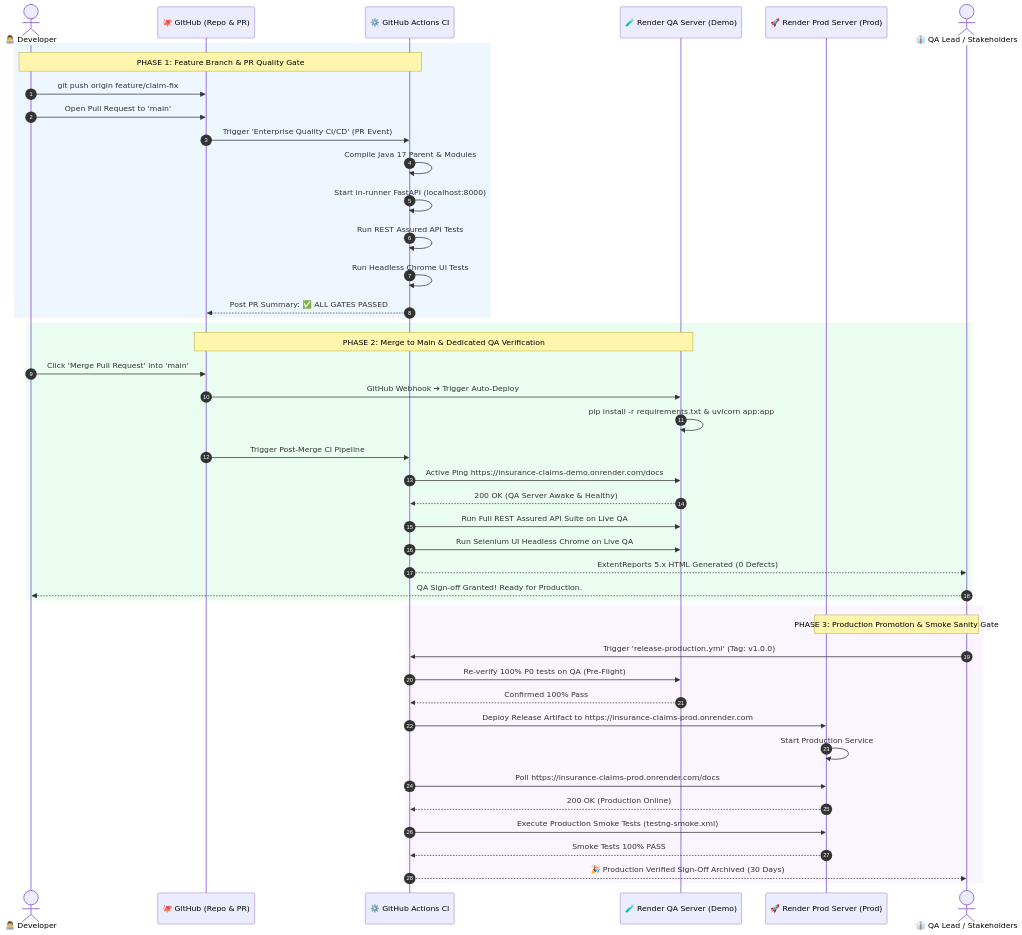
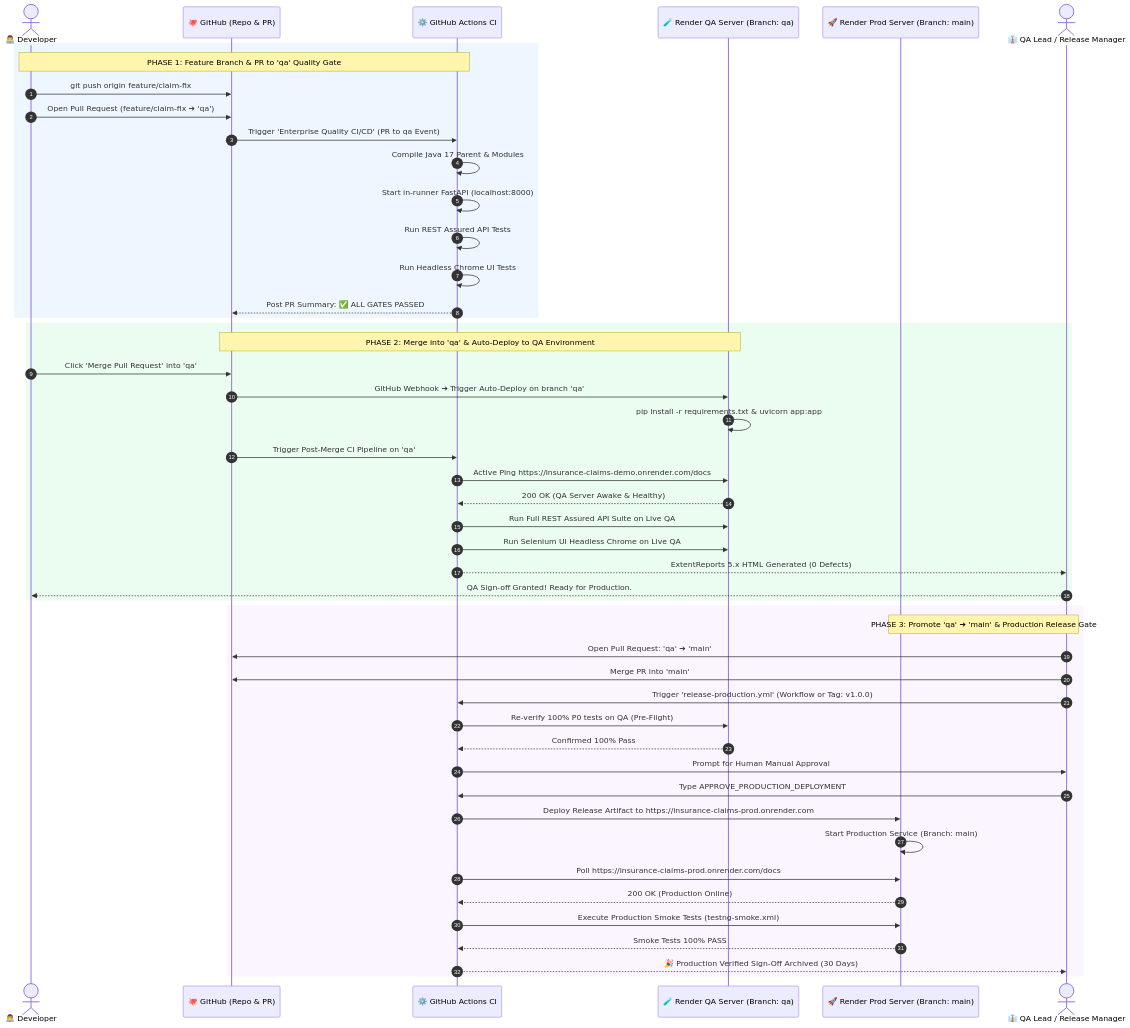
The second of 2 diagrams in VISUAL_PIPELINE_ARCHITECTURE.md (akroyq/enterprise-test-automation-framework), drawn with Mermaid before and after one commit. The commit also changed other lines of this file and 3 other files, not shown here.

Commit message:
docs(ci): align enterprise branching model to feature -> qa -> main with dual cloud gates

````diff
--- a/VISUAL_PIPELINE_ARCHITECTURE.md
+++ b/VISUAL_PIPELINE_ARCHITECTURE.md
@@ -86,53 +88,57 @@
 ```mermaid
 sequenceDiagram
     autonumber
     actor Dev as 👨‍💻 Developer
     participant Git as 🐙 GitHub (Repo & PR)
     participant CI as ⚙️ GitHub Actions CI
-    participant QA as 🧪 Render QA Server (Demo)
-    participant Prod as 🚀 Render Prod Server (Prod)
-    actor Lead as 👔 QA Lead / Stakeholders
+    participant QA as 🧪 Render QA Server (Branch: qa)
+    participant Prod as 🚀 Render Prod Server (Branch: main)
+    actor Lead as 👔 QA Lead / Release Manager
 
-    %% Step 1: Branch & PR
+    %% Step 1: Branch & PR to QA
     rect rgb(238, 246, 255)
-    Note over Dev,CI: PHASE 1: Feature Branch & PR Quality Gate
+    Note over Dev,CI: PHASE 1: Feature Branch & PR to 'qa' Quality Gate
     Dev->>Git: git push origin feature/claim-fix
-    Dev->>Git: Open Pull Request to 'main'
-    Git->>CI: Trigger 'Enterprise Quality CI/CD' (PR Event)
+    Dev->>Git: Open Pull Request (feature/claim-fix ➔ 'qa')
+    Git->>CI: Trigger 'Enterprise Quality CI/CD' (PR to qa Event)
     CI->>CI: Compile Java 17 Parent & Modules
     CI->>CI: Start in-runner FastAPI (localhost:8000)
     CI->>CI: Run REST Assured API Tests
     CI->>CI: Run Headless Chrome UI Tests
     CI-->>Git: Post PR Summary: ✅ ALL GATES PASSED
     end
 
-    %% Step 2: Merge & QA Deployment
+    %% Step 2: Merge to QA & Dedicated QA Deployment
     rect rgb(235, 253, 240)
-    Note over Git,QA: PHASE 2: Merge to Main & Dedicated QA Verification
-    Dev->>Git: Click 'Merge Pull Request' into 'main'
-    Git->>QA: GitHub Webhook ➔ Trigger Auto-Deploy
+    Note over Git,QA: PHASE 2: Merge into 'qa' & Auto-Deploy to QA Environment
+    Dev->>Git: Click 'Merge Pull Request' into 'qa'
+    Git->>QA: GitHub Webhook ➔ Trigger Auto-Deploy on branch 'qa'
     QA->>QA: pip install -r requirements.txt & uvicorn app:app
-    Git->>CI: Trigger Post-Merge CI Pipeline
+    Git->>CI: Trigger Post-Merge CI Pipeline on 'qa'
     CI->>QA: Active Ping https://insurance-claims-demo.onrender.com/docs
     QA-->>CI: 200 OK (QA Server Awake & Healthy)
     CI->>QA: Run Full REST Assured API Suite on Live QA
     CI->>QA: Run Selenium UI Headless Chrome on Live QA
     CI-->>Lead: ExtentReports 5.x HTML Generated (0 Defects)
     Lead-->>Dev: QA Sign-off Granted! Ready for Production.
     end
 
-    %% Step 3: Production Release
+    %% Step 3: Promote to Main & Production Release
     rect rgb(250, 245, 255)
-    Note over Lead,Prod: PHASE 3: Production Promotion & Smoke Sanity Gate
-    Lead->>CI: Trigger 'release-production.yml' (Tag: v1.0.0)
+    Note over Lead,Prod: PHASE 3: Promote 'qa' ➔ 'main' & Production Release Gate
+    Lead->>Git: Open Pull Request: 'qa' ➔ 'main'
+    Lead->>Git: Merge PR into 'main'
+    Lead->>CI: Trigger 'release-production.yml' (Workflow or Tag: v1.0.0)
     CI->>QA: Re-verify 100% P0 tests on QA (Pre-Flight)
     QA-->>CI: Confirmed 100% Pass
+    CI->>Lead: Prompt for Human Manual Approval
+    Lead->>CI: Type APPROVE_PRODUCTION_DEPLOYMENT
     CI->>Prod: Deploy Release Artifact to https://insurance-claims-prod.onrender.com
-    Prod->>Prod: Start Production Service
+    Prod->>Prod: Start Production Service (Branch: main)
     CI->>Prod: Poll https://insurance-claims-prod.onrender.com/docs
     Prod-->>CI: 200 OK (Production Online)
     CI->>Prod: Execute Production Smoke Tests (testng-smoke.xml)
     Prod-->>CI: Smoke Tests 100% PASS
     CI-->>Lead: 🎉 Production Verified Sign-Off Archived (30 Days)
     end
 ```
````
